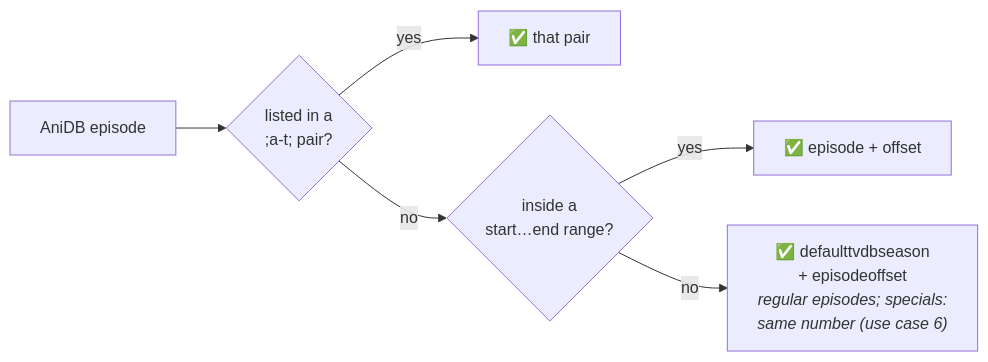
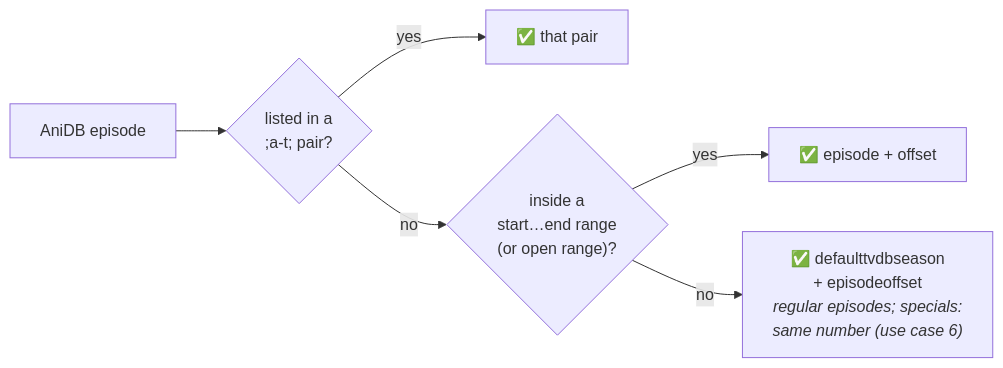
One commit to KurtzPT/kizuna changed the sixth of 6 diagrams in SETUP.md. Above: the diagram before and after it, drawn with Mermaid. The commit also changed other lines of this file and 7 other files, not shown here.

````diff
--- a/SETUP.md
+++ b/SETUP.md
@@ -461,8 +463,8 @@
 ```mermaid
 flowchart LR
     A["AniDB episode"] --> P{"listed in a<br/>;a-t; pair?"}
     P -- yes --> R1["✅ that pair"]
-    P -- no --> G{"inside a<br/>start…end range?"}
+    P -- no --> G{"inside a<br/>start…end range<br/>(or open range)?"}
     G -- yes --> R2["✅ episode + offset"]
     G -- no --> D["✅ defaulttvdbseason<br/>+ episodeoffset<br/><i>regular episodes; specials:<br/>same number (use case 6)</i>"]
 ```
````
